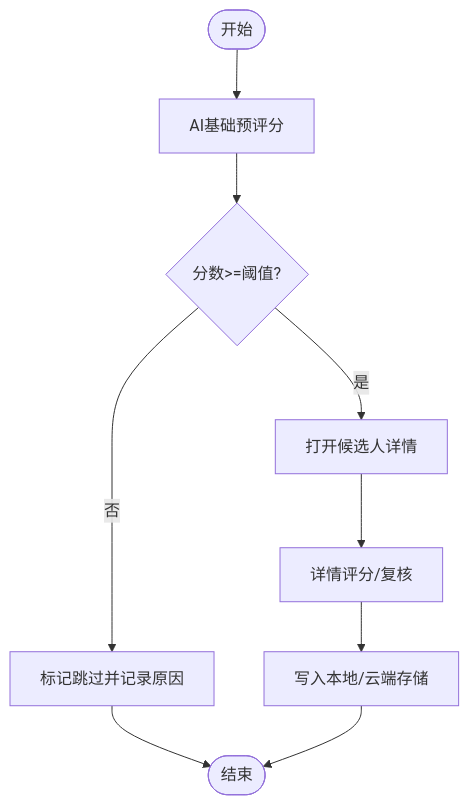
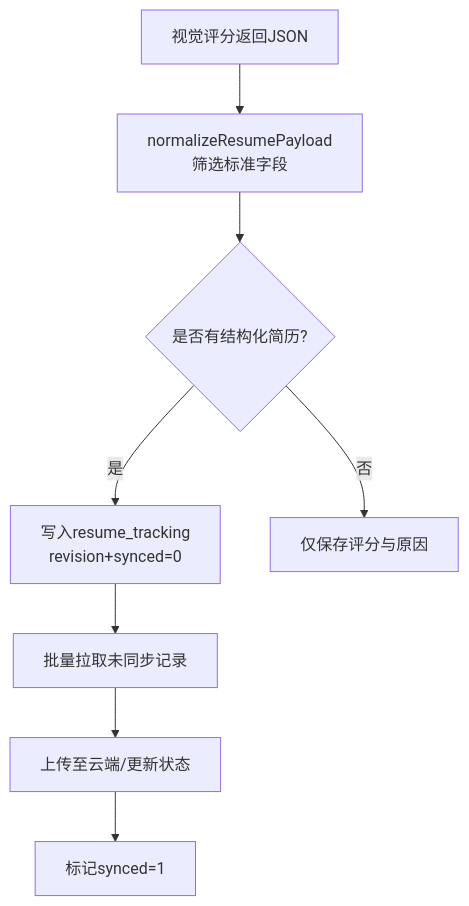
The sixth of 7 diagrams in .qoder/repowiki/zh/content/云端后端服务/候选人处理系统/AI匹配评分/评分结果处理.md (alvinwangzi/goodhr), drawn with Mermaid before and after one commit. The commit also changed other lines of this file and 149 other files, not shown here.

````diff
--- a/.qoder/repowiki/zh/content/云端后端服务/候选人处理系统/AI匹配评分/评分结果处理.md
+++ b/.qoder/repowiki/zh/content/云端后端服务/候选人处理系统/AI匹配评分/评分结果处理.md
@@ -200,11 +286,10 @@
 ```mermaid
 flowchart TD
-Start(["开始"]) --> PreScore["AI基础预评分"]
-PreScore --> Threshold{"分数>=阈值?"}
-Threshold -- "否" --> Skip["标记跳过并记录原因"]
-Threshold -- "是" --> OpenDetail["打开候选人详情"]
-OpenDetail --> DetailScore["详情评分/复核"]
-DetailScore --> Persist["写入本地/云端存储"]
-Skip --> End(["结束"])
-Persist --> End
+A["视觉评分返回JSON"] --> B["normalizeResumePayload<br/>筛选标准字段"]
+B --> C{"是否有结构化简历?"}
+C --> |是| D["写入resume_tracking<br/>revision+synced=0"]
+C --> |否| E["仅保存评分与原因"]
+D --> F["批量拉取未同步记录"]
+F --> G["上传至云端/更新状态"]
+G --> H["标记synced=1"]
 ```
````
